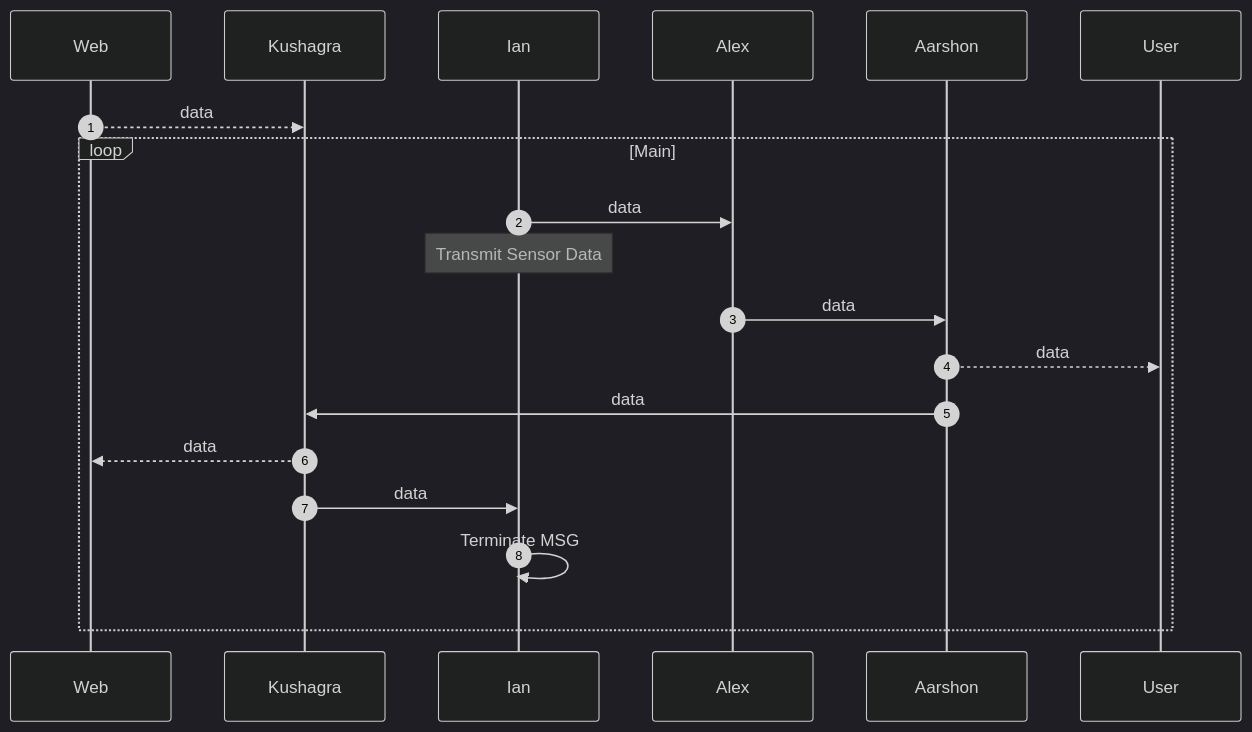
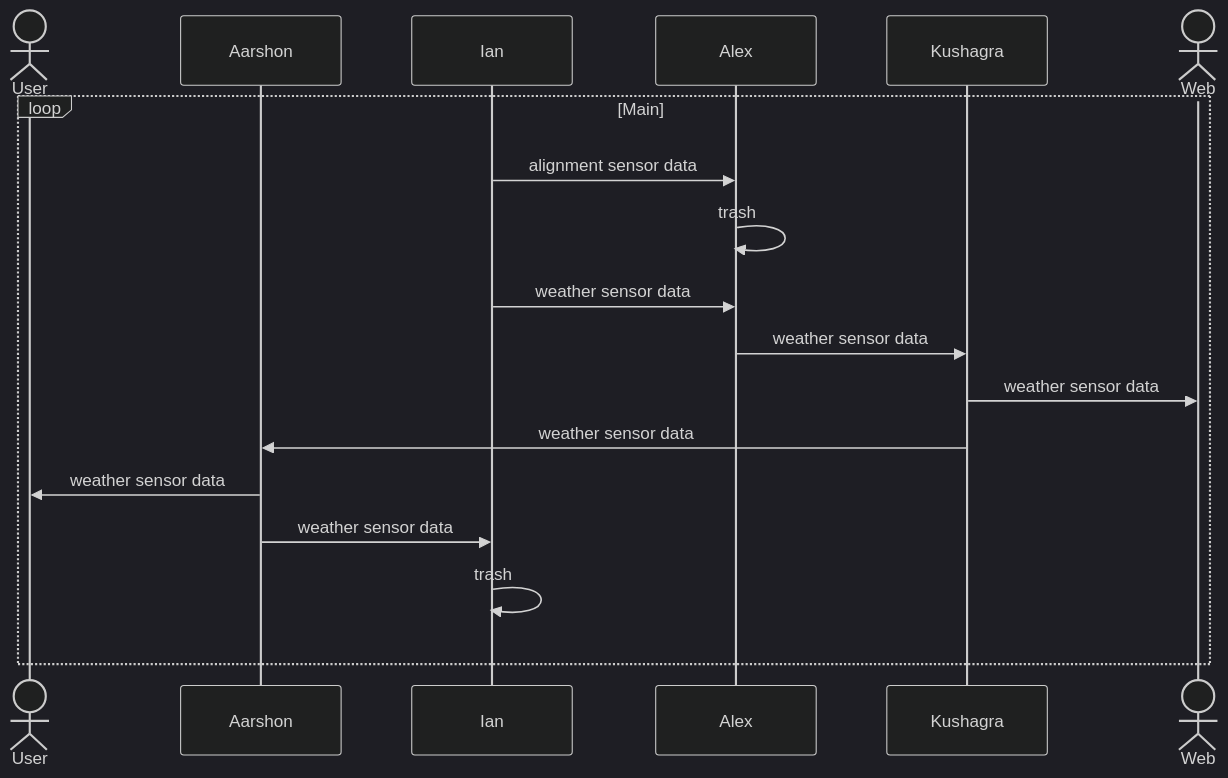
One commit to EGR314-2025-S-306/EGR314-Team306 changed the diagram in docs/block.md. Above: the diagram before and after it, drawn with Mermaid (dark theme).

````diff
--- a/docs/block.md
+++ b/docs/block.md
@@ -11,15 +11,20 @@
 ``` mermaid
 sequenceDiagram
-    autonumber
-    Web-->>Kushagra: data
+    actor u as User
+    participant a as Aarshon
+    participant i as Ian
+    participant c as Alex
+    participant k as Kushagra
+    actor w as Web
     loop Main
-        Ian->>Alex: data
-        Note over Ian: Transmit Sensor Data
-        Alex->>Aarshon: data
-        Aarshon-->>User: data
-        Aarshon->>Kushagra: data
-        Kushagra-->>Web: data
-        Kushagra->>Ian: data
-        Ian->>Ian: Terminate MSG
+        i->>c: alignment sensor data
+        c->>c: trash
+        i->>c: weather sensor data
+        c->>k: weather sensor data
+        k->>w: weather sensor data
+        k->>a: weather sensor data
+        a->>u: weather sensor data
+        a->>i: weather sensor data
+        i->>i: trash
     end
 ```
````
